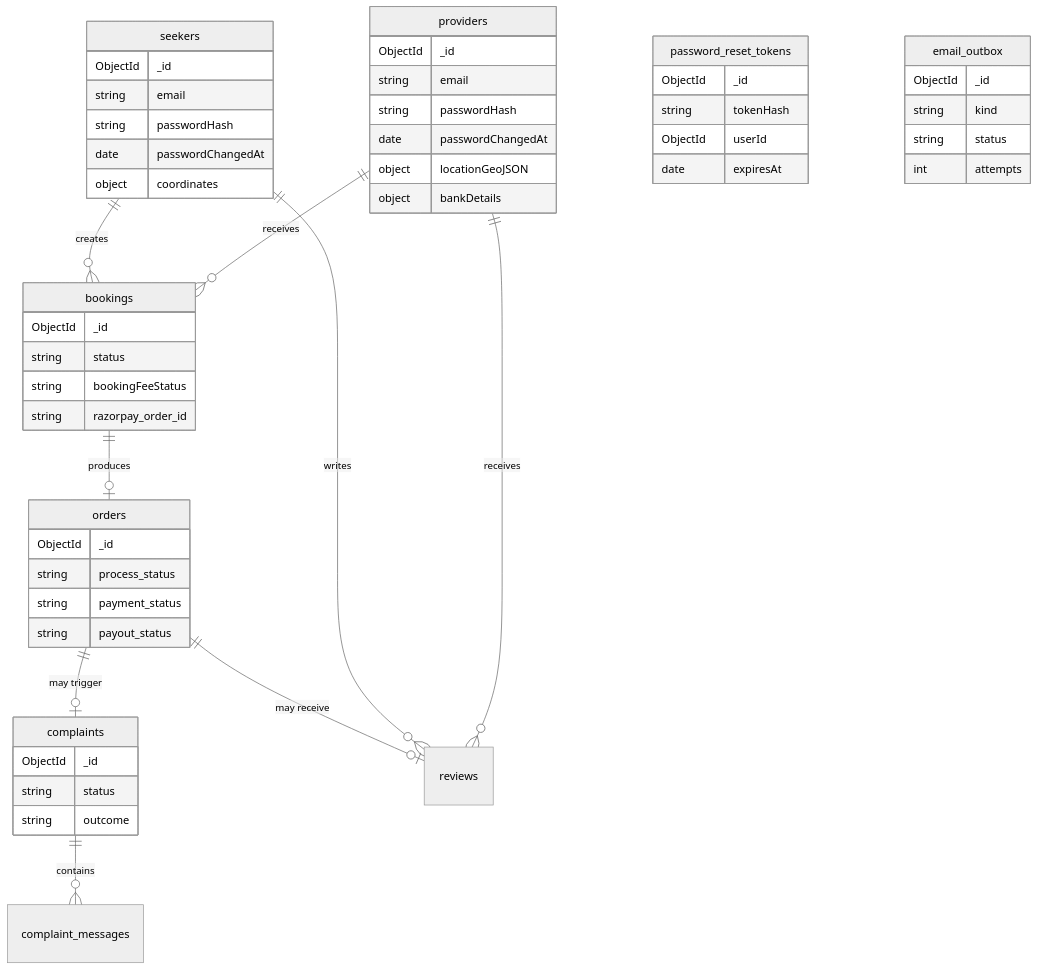
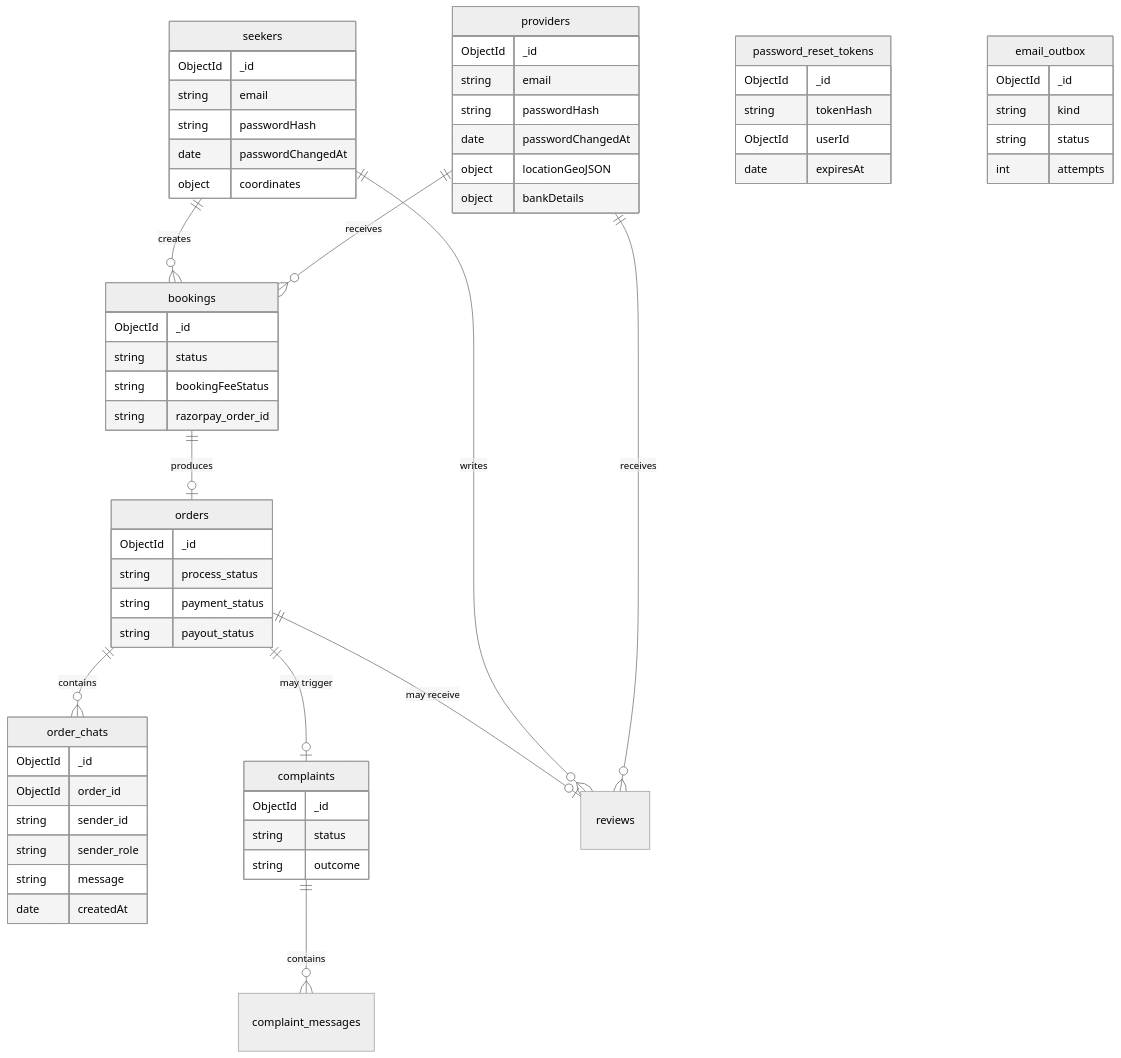
Diagram 13 of 13 in docs/CODEBASE_UNDERSTANDING.md (ashfakhm/laundry-ease), drawn with Mermaid (neutral theme) before and after one commit. The commit also changed other lines of this file, not shown here.

````diff
--- a/docs/CODEBASE_UNDERSTANDING.md
+++ b/docs/CODEBASE_UNDERSTANDING.md
@@ -1596,57 +1609,66 @@
 ```mermaid
 erDiagram
     seekers ||--o{ bookings : "creates"
     providers ||--o{ bookings : "receives"
     bookings ||--o| orders : "produces"
+    orders ||--o{ order_chats : "contains"
     orders ||--o| complaints : "may trigger"
     complaints ||--o{ complaint_messages : "contains"
     orders ||--o| reviews : "may receive"
     seekers ||--o{ reviews : "writes"
     providers ||--o{ reviews : "receives"
 
     seekers {
         ObjectId _id
         string email
         string passwordHash
         date passwordChangedAt
         object coordinates
     }
     providers {
         ObjectId _id
         string email
         string passwordHash
         date passwordChangedAt
         object locationGeoJSON
         object bankDetails
     }
     bookings {
         ObjectId _id
         string status
         string bookingFeeStatus
         string razorpay_order_id
     }
     orders {
         ObjectId _id
         string process_status
         string payment_status
         string payout_status
     }
+    order_chats {
+        ObjectId _id
+        ObjectId order_id
+        string sender_id
+        string sender_role
+        string message
+        date createdAt
+    }
     complaints {
         ObjectId _id
         string status
         string outcome
     }
 
     password_reset_tokens {
         ObjectId _id
         string tokenHash
         ObjectId userId
         date expiresAt
     }
     email_outbox {
         ObjectId _id
         string kind
         string status
         int attempts
     }
 ```
````
